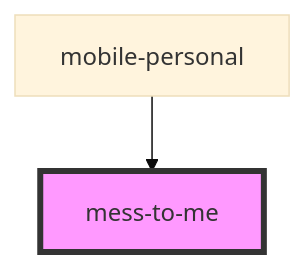
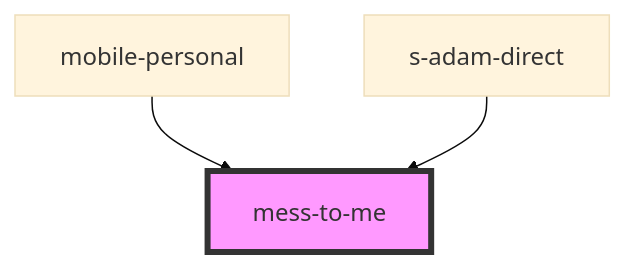
Before and after one commit to saqhan/stencil-chat: the diagram in src/components/shared/mess-to-me/readme.md, drawn with Mermaid (base theme). The commit also changed other lines of this file and 38 other files, not shown here.

````diff
--- a/src/components/shared/mess-to-me/readme.md
+++ b/src/components/shared/mess-to-me/readme.md
@@ -22,5 +23,6 @@
 ```mermaid
 graph TD;
   mobile-personal --> mess-to-me
+  s-adam-direct --> mess-to-me
   style mess-to-me fill:#f9f,stroke:#333,stroke-width:4px
 ```
````
